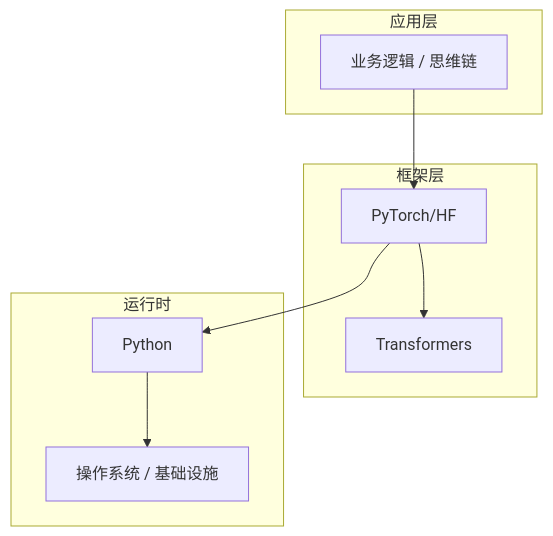
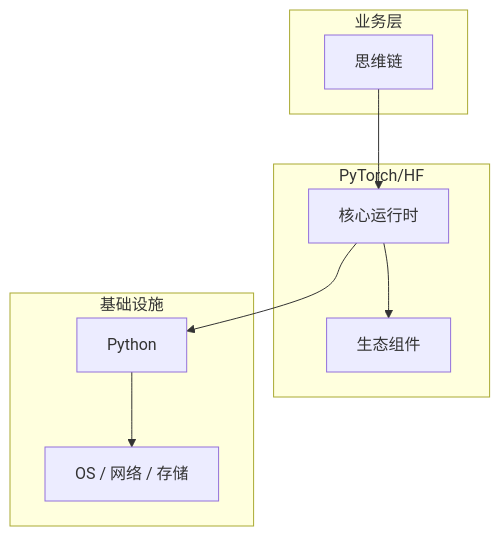
Before and after one commit to yanggan2015/knowledge-json-v2: the diagram in articles/大语言模型/chapters/073-思维链核心概念与原理.md, drawn with Mermaid. The commit also changed other lines of this file and 10127 other files, not shown here.

````diff
--- a/articles/大语言模型/chapters/073-思维链核心概念与原理.md
+++ b/articles/大语言模型/chapters/073-思维链核心概念与原理.md
@@ -45,18 +30,18 @@
 ```mermaid
 graph TB
-    subgraph 应用层
-        A[业务逻辑 / 思维链]
+    subgraph 业务层
+        A[思维链]
     end
-    subgraph 框架层
-        B[PyTorch/HF]
-        C[Transformers]
+    subgraph PyTorch/HF
+        B[核心运行时]
+        C[生态组件]
     end
-    subgraph 运行时
+    subgraph 基础设施
         D[Python]
-        E[操作系统 / 基础设施]
+        E[OS / 网络 / 存储]
     end
     A --> B
     B --> C
     B --> D
     D --> E
 ```
````
